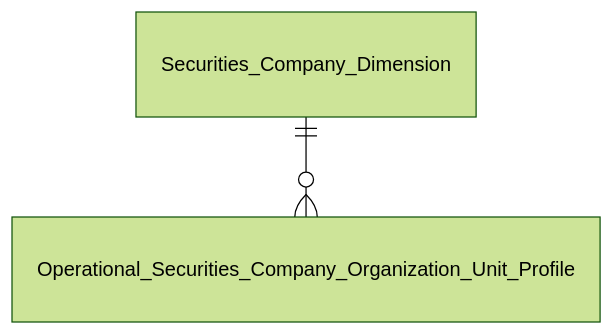
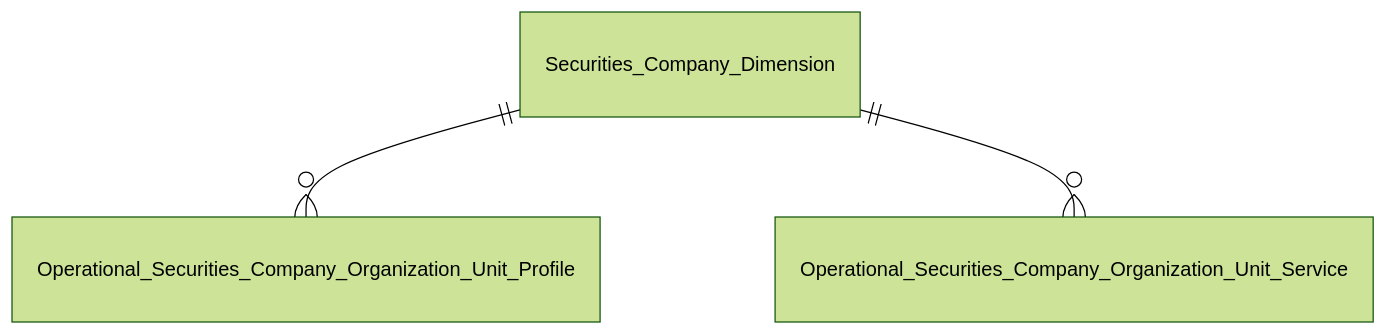
Before and after one commit to linhlvit/ubck_atomic_design: the ninth of 11 diagrams in Datamart/hld/DTM_QLKD_Entities.md, drawn with Mermaid (forest theme). The commit also changed other lines of this file and 13 other files, not shown here.

````diff
--- a/Datamart/hld/DTM_QLKD_Entities.md
+++ b/Datamart/hld/DTM_QLKD_Entities.md
@@ -166,4 +166,5 @@
 ```mermaid
 erDiagram
     Securities_Company_Dimension ||--o{ Operational_Securities_Company_Organization_Unit_Profile : " "
+    Securities_Company_Dimension ||--o{ Operational_Securities_Company_Organization_Unit_Service : " "
 ```
````
